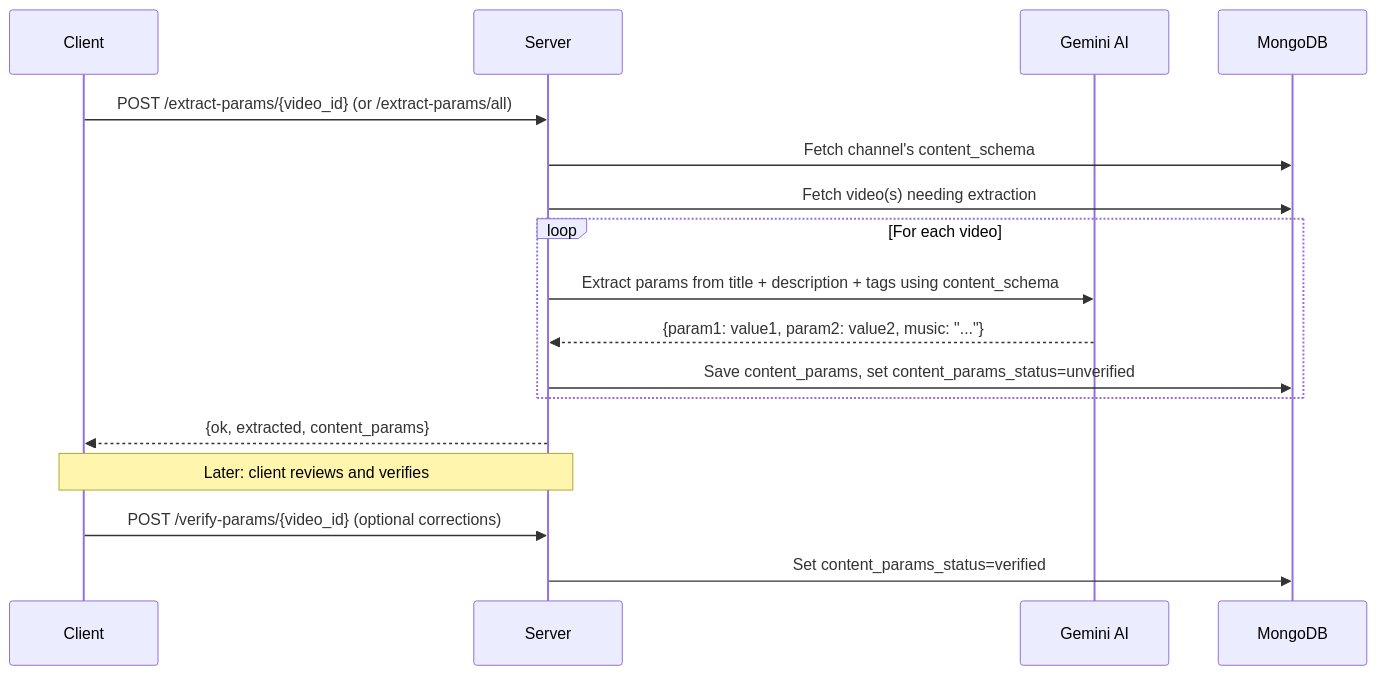
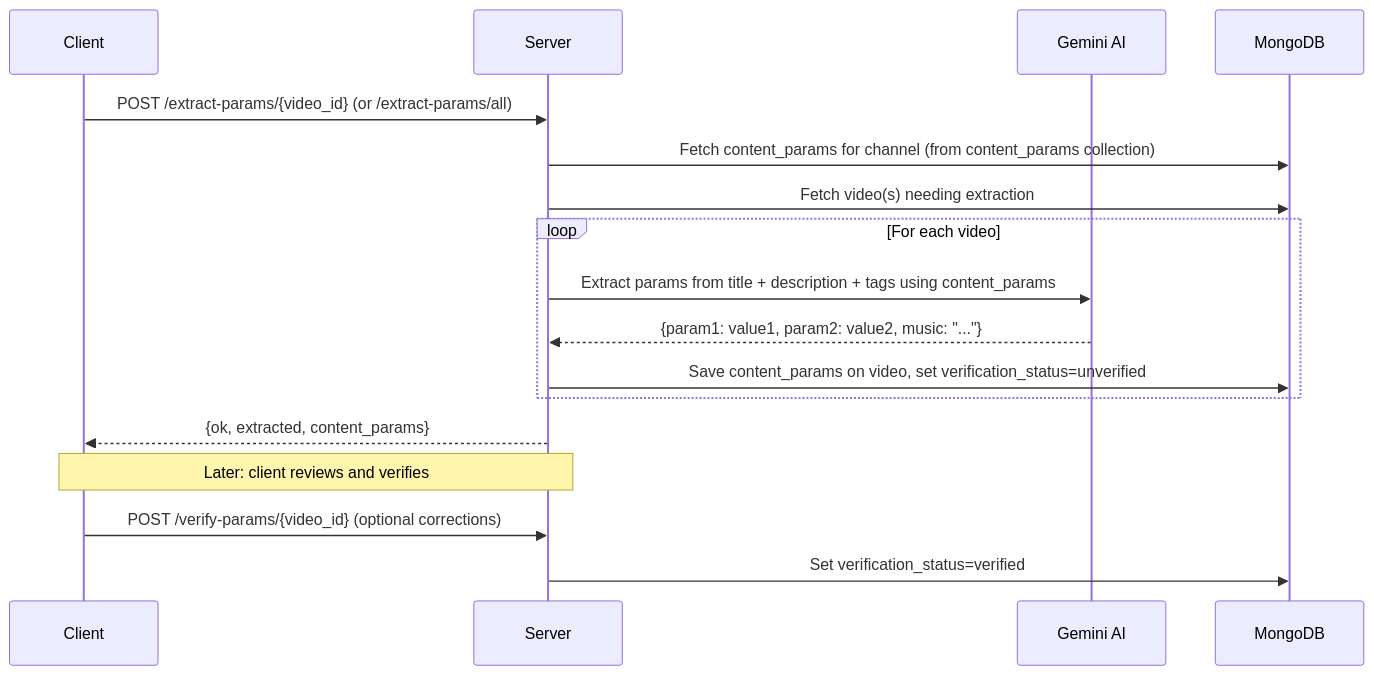
The seventh of 8 diagrams in DOCUMENTATION.md (pratham2908/server-automation), drawn with Mermaid before and after one commit. The commit also changed other lines of this file and 11 other files, not shown here.

Commit message:
content param collection made analysis updation

````diff
--- a/DOCUMENTATION.md
+++ b/DOCUMENTATION.md
@@ -1695,24 +1775,24 @@
 ```mermaid
 sequenceDiagram
     participant C as Client
     participant S as Server
     participant G as Gemini AI
     participant DB as MongoDB
 
     C->>S: POST /extract-params/{video_id} (or /extract-params/all)
 
-    S->>DB: Fetch channel's content_schema
+    S->>DB: Fetch content_params for channel (from content_params collection)
     S->>DB: Fetch video(s) needing extraction
 
     loop For each video
-        S->>G: Extract params from title + description + tags using content_schema
+        S->>G: Extract params from title + description + tags using content_params
         G-->>S: {param1: value1, param2: value2, music: "..."}
-        S->>DB: Save content_params, set content_params_status=unverified
+        S->>DB: Save content_params on video, set verification_status=unverified
     end
 
     S-->>C: {ok, extracted, content_params}
 
     Note over C,S: Later: client reviews and verifies
     C->>S: POST /verify-params/{video_id} (optional corrections)
-    S->>DB: Set content_params_status=verified
+    S->>DB: Set verification_status=verified
 ```
````
